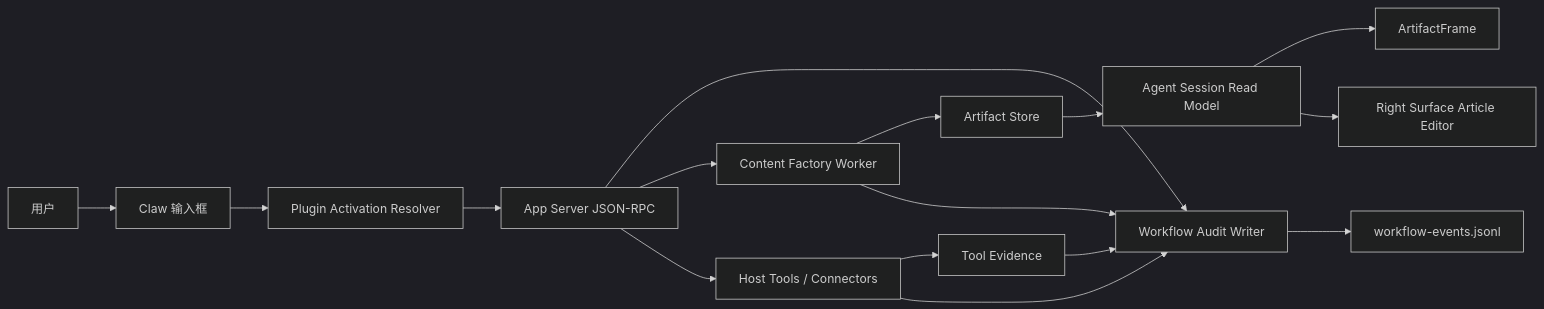
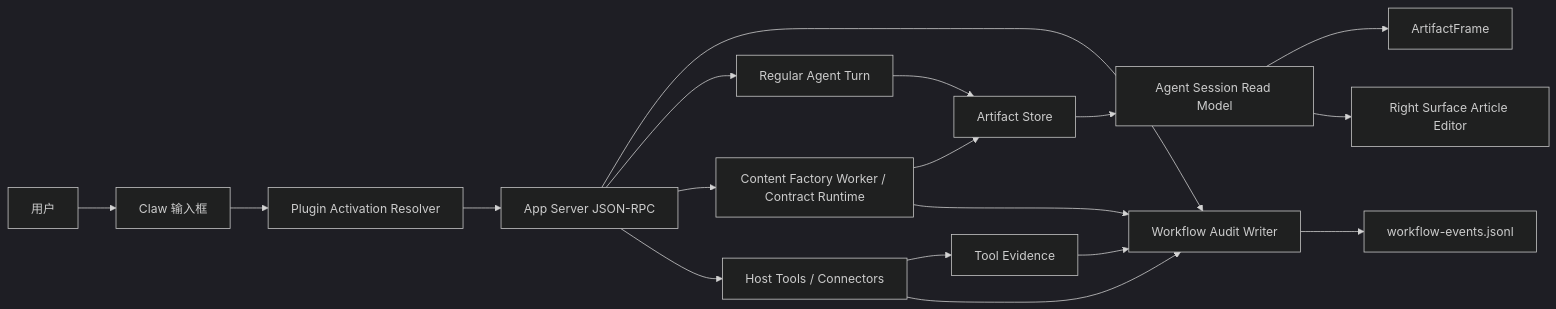
The second of 9 diagrams in internal/roadmap/Writing/v2/product-requirements.md (jiujuan/lime), drawn with Mermaid (dark theme) before and after one commit. The commit also changed other lines of this file and 285 other files, not shown here.

````diff
--- a/internal/roadmap/Writing/v2/product-requirements.md
+++ b/internal/roadmap/Writing/v2/product-requirements.md
@@ -293,18 +305,20 @@
 ```mermaid
 flowchart LR
   User[用户] --> Composer[Claw 输入框]
   Composer --> Activation[Plugin Activation Resolver]
   Activation --> AppServer[App Server JSON-RPC]
   AppServer --> Audit[Workflow Audit Writer]
-  AppServer --> Worker[Content Factory Worker]
+  AppServer --> Agent[Regular Agent Turn]
+  AppServer --> Worker[Content Factory Worker / Contract Runtime]
   AppServer --> Tools[Host Tools / Connectors]
-  Worker --> ArtifactStore[Artifact Store]
+  Agent --> ArtifactStore[Artifact Store]
+  Worker --> ArtifactStore
   Tools --> Evidence[Tool Evidence]
   Worker --> Audit
   Tools --> Audit
   Evidence --> Audit
   Audit --> Jsonl[workflow-events.jsonl]
   ArtifactStore --> ReadModel[Agent Session Read Model]
   ReadModel --> Frame[ArtifactFrame]
   ReadModel --> Surface[Right Surface Article Editor]
 ```
````
